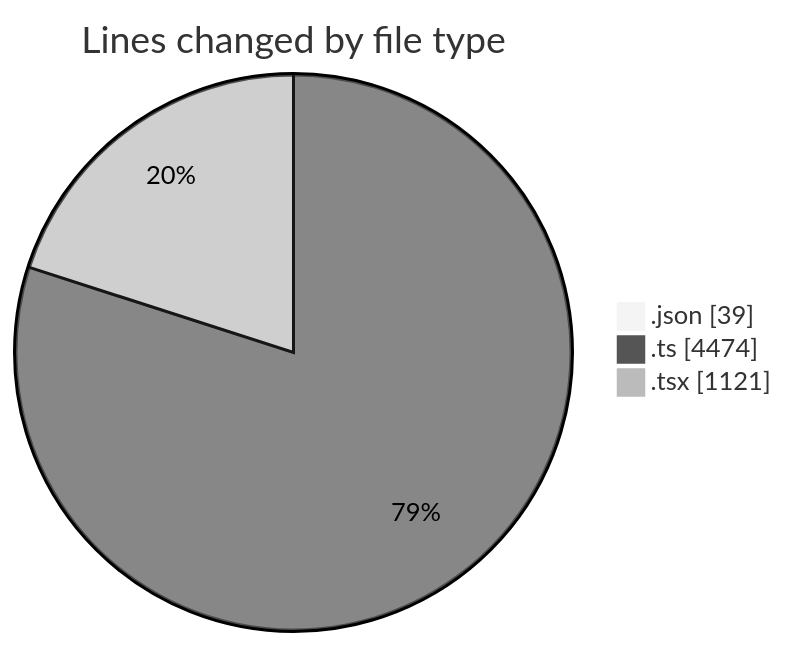
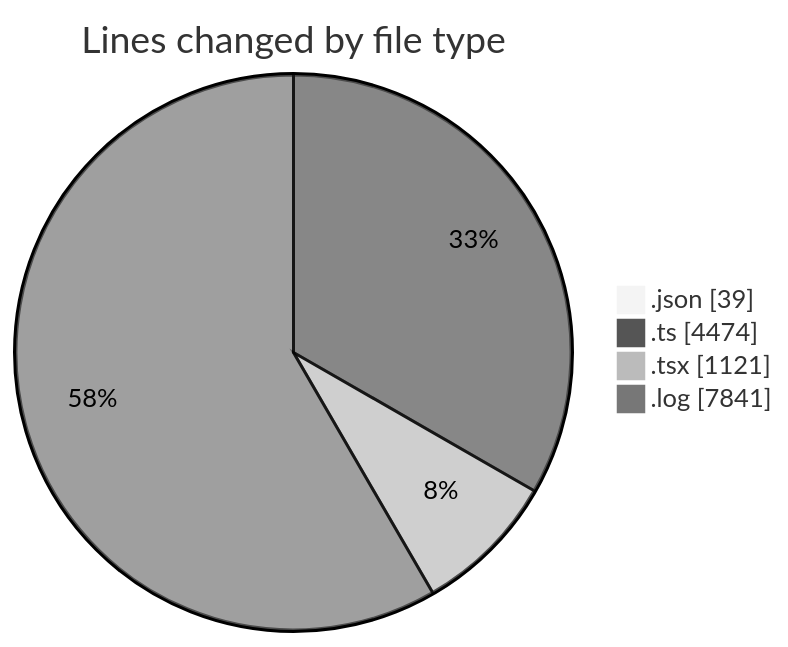
The first of 2 diagrams in 2025-09-13/napxuvn/README.md (lephambinh05/code-tracking), drawn with Mermaid (neutral theme) before and after one commit. The commit also changed other lines of this file and 1 other file, not shown here.

````diff
--- a/2025-09-13/napxuvn/README.md
+++ b/2025-09-13/napxuvn/README.md
@@ -42,7 +43,8 @@
 ```mermaid
 pie showData
 title Lines changed by file type
 ".json" : 39
 ".ts" : 4474
 ".tsx" : 1121
+".log" : 7841
 ```
````
